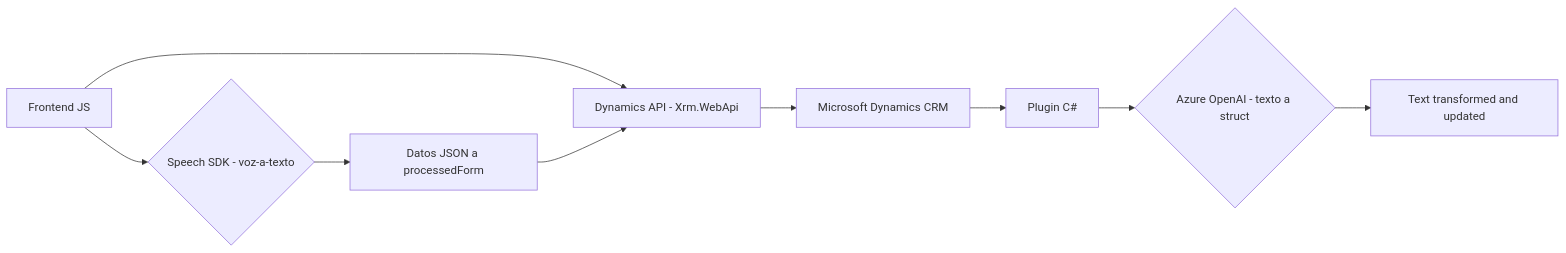
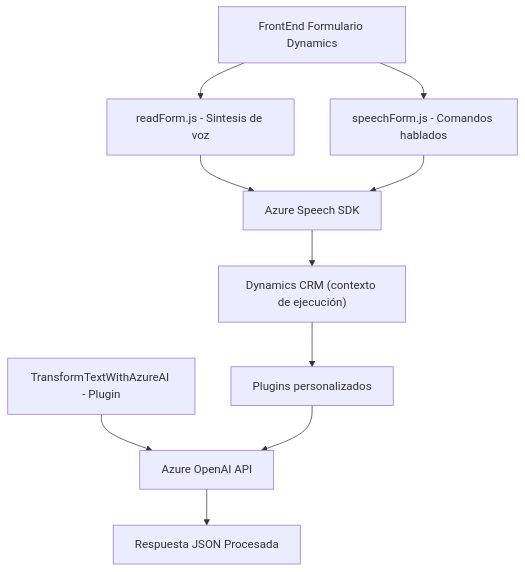
Before and after one commit to blopezdm/NETCORE_BILBAO2025: the diagram in README.md, drawn with Mermaid. The commit also changed other lines of this file, not shown here.

````diff
--- a/README.md
+++ b/README.md
@@ -50,11 +40,12 @@
 ```mermaid
-graph LR
-    A["Frontend JS"] --> B{"Speech SDK - voz-a-texto"}
-    B --> C["Datos JSON a processedForm"]
-    A --> D["Dynamics API - Xrm.WebApi"]
-    C --> D
-    D --> E["Microsoft Dynamics CRM"]
-    E --> F["Plugin C#"]
-    F --> G{"Azure OpenAI - texto a struct"}
-    G --> H["Text transformed and updated"]
+graph TD
+    A["readForm.js - Sintesis de voz"] --> B["Azure Speech SDK"]
+    C["speechForm.js - Comandos hablados"] --> B
+    B --> D["Dynamics CRM (contexto de ejecución)"]
+    D --> E["Plugins personalizados"]
+    F["TransformTextWithAzureAI - Plugin"] --> G["Azure OpenAI API"]
+    E --> G
+    H["FrontEnd Formulario Dynamics"] --> A
+    H --> C
+    G --> I["Respuesta JSON Procesada"]
 ```
````
